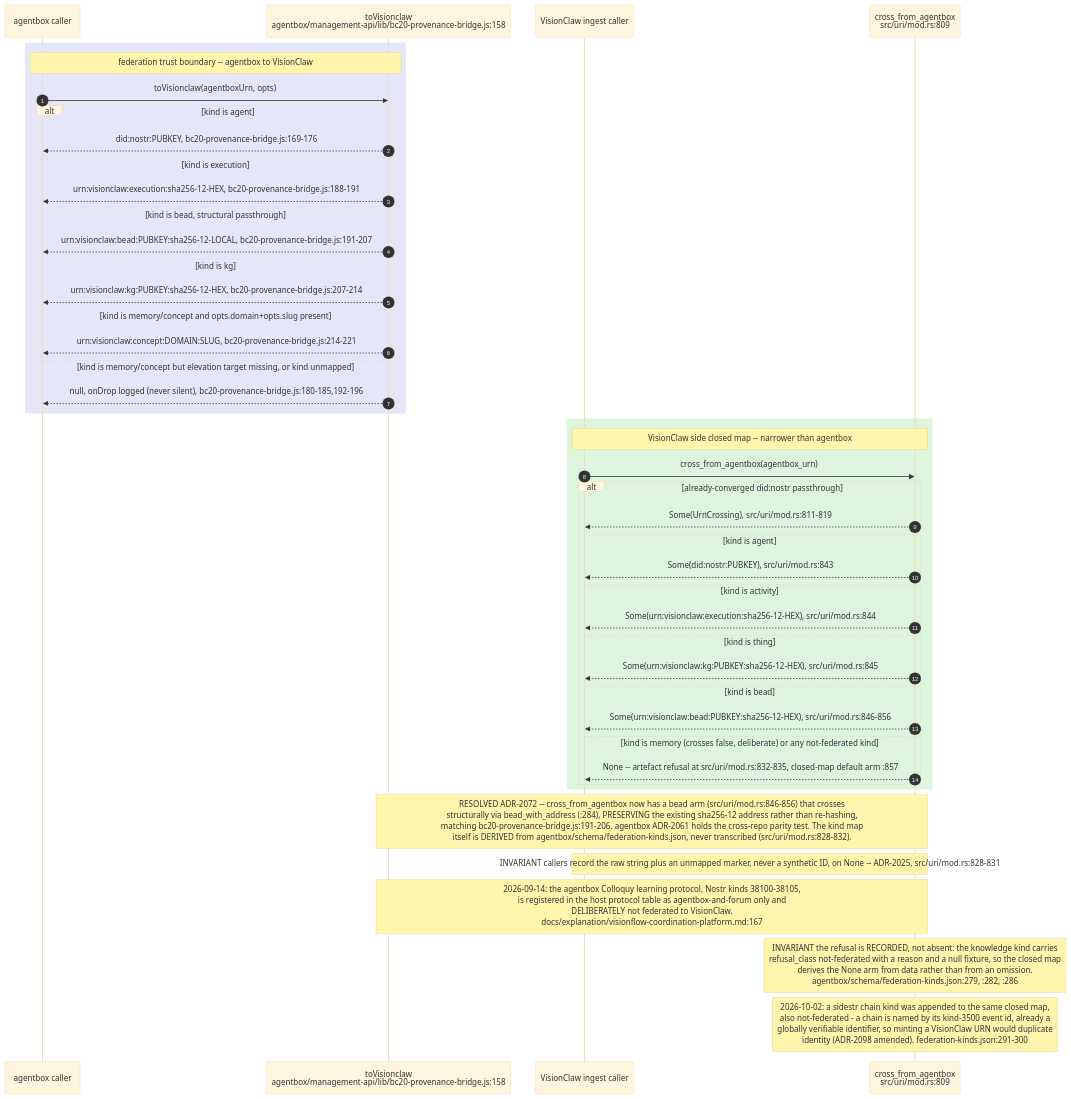
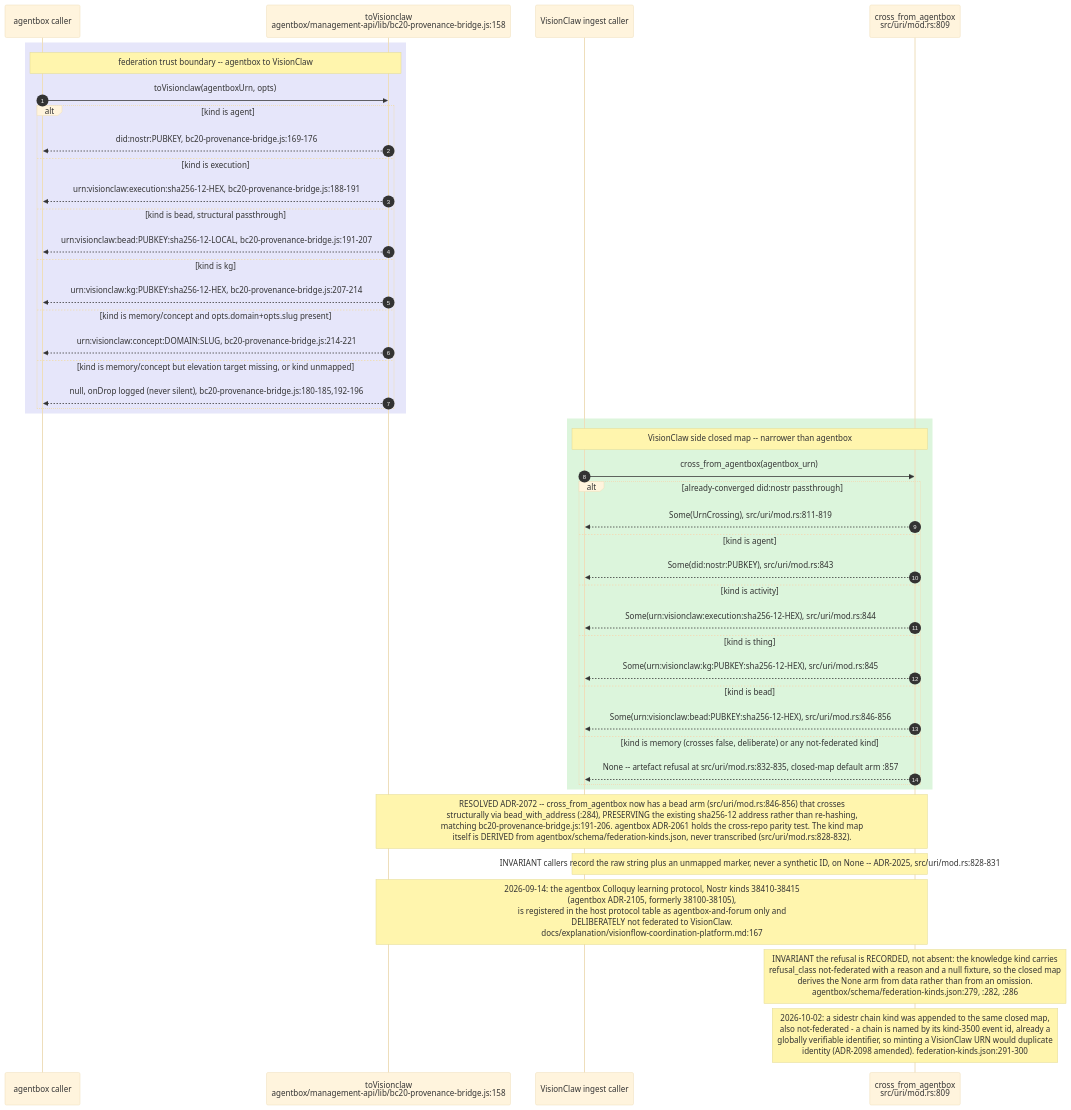
One commit to DreamLab-AI/VisionFlow changed the sixth of 10 diagrams in docs/diagrams/visionclaw/23-identifiers-urn-did-sha12.md. Above: the diagram before and after it, drawn with Mermaid (base theme). The commit also changed other lines of this file and 10 other files, not shown here.

First line of the commit message:
docs(diagrams): close ER-1 to ER-4 and ER-33 across ten topics, re-stamped

````diff
--- a/docs/diagrams/visionclaw/23-identifiers-urn-did-sha12.md
+++ b/docs/diagrams/visionclaw/23-identifiers-urn-did-sha12.md
@@ -231,47 +232,47 @@
 ```mermaid
 sequenceDiagram
     autonumber
     participant CallerAB as agentbox caller
     participant JS as toVisionclaw<br/>agentbox/management-api/lib/bc20-provenance-bridge.js:158
     participant CallerVC as VisionClaw ingest caller
     participant RS as cross_from_agentbox<br/>src/uri/mod.rs:809
     rect rgb(230,230,250)
     Note over CallerAB,JS: federation trust boundary -- agentbox to VisionClaw
     CallerAB->>JS: toVisionclaw(agentboxUrn, opts)
     alt kind is agent
         JS-->>CallerAB: did:nostr:PUBKEY, bc20-provenance-bridge.js:169-176
     else kind is execution
         JS-->>CallerAB: urn:visionclaw:execution:sha256-12-HEX, bc20-provenance-bridge.js:188-191
     else kind is bead, structural passthrough
         JS-->>CallerAB: urn:visionclaw:bead:PUBKEY:sha256-12-LOCAL, bc20-provenance-bridge.js:191-207
     else kind is kg
         JS-->>CallerAB: urn:visionclaw:kg:PUBKEY:sha256-12-HEX, bc20-provenance-bridge.js:207-214
     else kind is memory/concept and opts.domain+opts.slug present
         JS-->>CallerAB: urn:visionclaw:concept:DOMAIN:SLUG, bc20-provenance-bridge.js:214-221
     else kind is memory/concept but elevation target missing, or kind unmapped
         JS-->>CallerAB: null, onDrop logged (never silent), bc20-provenance-bridge.js:180-185,192-196
     end
     end
     rect rgb(220,245,220)
     Note over CallerVC,RS: VisionClaw side closed map -- narrower than agentbox
     CallerVC->>RS: cross_from_agentbox(agentbox_urn)
     alt already-converged did:nostr passthrough
         RS-->>CallerVC: Some(UrnCrossing), src/uri/mod.rs:811-819
     else kind is agent
         RS-->>CallerVC: Some(did:nostr:PUBKEY), src/uri/mod.rs:843
     else kind is activity
         RS-->>CallerVC: Some(urn:visionclaw:execution:sha256-12-HEX), src/uri/mod.rs:844
     else kind is thing
         RS-->>CallerVC: Some(urn:visionclaw:kg:PUBKEY:sha256-12-HEX), src/uri/mod.rs:845
     else kind is bead
         RS-->>CallerVC: Some(urn:visionclaw:bead:PUBKEY:sha256-12-HEX), src/uri/mod.rs:846-856
     else kind is memory (crosses false, deliberate) or any not-federated kind
         RS-->>CallerVC: None -- artefact refusal at src/uri/mod.rs:832-835, closed-map default arm :857
     end
     end
     Note over JS,RS: RESOLVED ADR-2072 -- cross_from_agentbox now has a bead arm (src/uri/mod.rs:846-856) that crosses<br/>structurally via bead_with_address (:284), PRESERVING the existing sha256-12 address rather than re-hashing,<br/>matching bc20-provenance-bridge.js:191-206. agentbox ADR-2061 holds the cross-repo parity test. The kind map<br/>itself is DERIVED from agentbox/schema/federation-kinds.json, never transcribed (src/uri/mod.rs:828-832).
     Note over CallerVC,RS: INVARIANT callers record the raw string plus an unmapped marker, never a synthetic ID, on None -- ADR-2025, src/uri/mod.rs:828-831
-    Note over JS,RS: 2026-09-14: the agentbox Colloquy learning protocol, Nostr kinds 38100-38105,<br/>is registered in the host protocol table as agentbox-and-forum only and<br/>DELIBERATELY not federated to VisionClaw.<br/>docs/explanation/visionflow-coordination-platform.md:167
+    Note over JS,RS: 2026-09-14: the agentbox Colloquy learning protocol, Nostr kinds 38410-38415<br/>(agentbox ADR-2105, formerly 38100-38105),<br/>is registered in the host protocol table as agentbox-and-forum only and<br/>DELIBERATELY not federated to VisionClaw.<br/>docs/explanation/visionflow-coordination-platform.md:167
     Note over RS: INVARIANT the refusal is RECORDED, not absent: the knowledge kind carries<br/>refusal_class not-federated with a reason and a null fixture, so the closed map<br/>derives the None arm from data rather than from an omission.<br/>agentbox/schema/federation-kinds.json:279, :282, :286
     Note over RS: 2026-10-02: a sidestr chain kind was appended to the same closed map,<br/>also not-federated - a chain is named by its kind-3500 event id, already a<br/>globally verifiable identifier, so minting a VisionClaw URN would duplicate<br/>identity (ADR-2098 amended). federation-kinds.json:291-300
 ```
````
